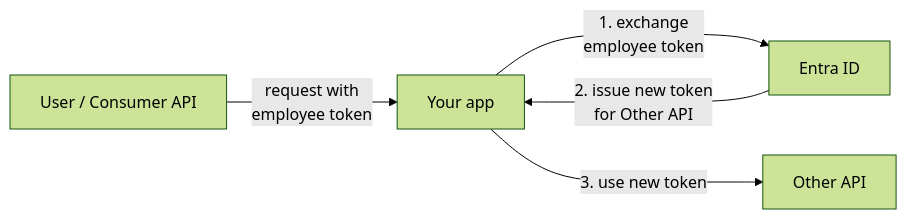
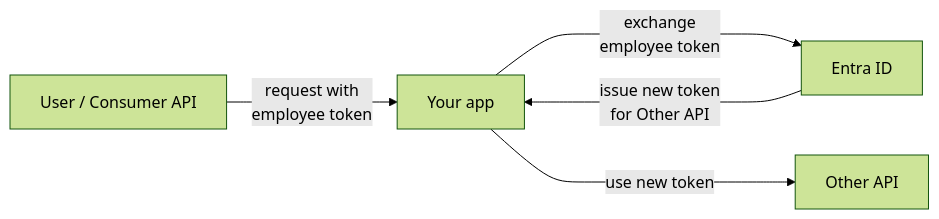
Before and after one commit to nais/doc: the first of 2 diagrams in docs/auth/entra-id/README.md, drawn with Mermaid (forest theme). The commit also changed other lines of this file and 3 other files, not shown here.

First line of the commit message:
auth: fix mermaid diagrams

````diff
--- a/docs/auth/entra-id/README.md
+++ b/docs/auth/entra-id/README.md
@@ -44,7 +44,10 @@
 ```mermaid
 graph LR
-  Consumer["User / Consumer API"] --"request with \n employee token"--> Application[Your app]
-  Application --1. exchange \nemployee token---> AAD["Entra ID"]
-  AAD --2. issue new token \nfor Other API---> Application
-  Application --3. use new token ---> OtherAPI["Other API"]
+  Consumer["User / Consumer API"] -- "`request with
+  employee token`" --> Application["Your app"]
+  Application -- "`exchange
+  employee token`" ----> AAD["Entra ID"]
+  AAD -- "`issue new token
+  for Other API`" ----> Application
+  Application -- use new token ----> OtherAPI["Other API"]
 ```
````
